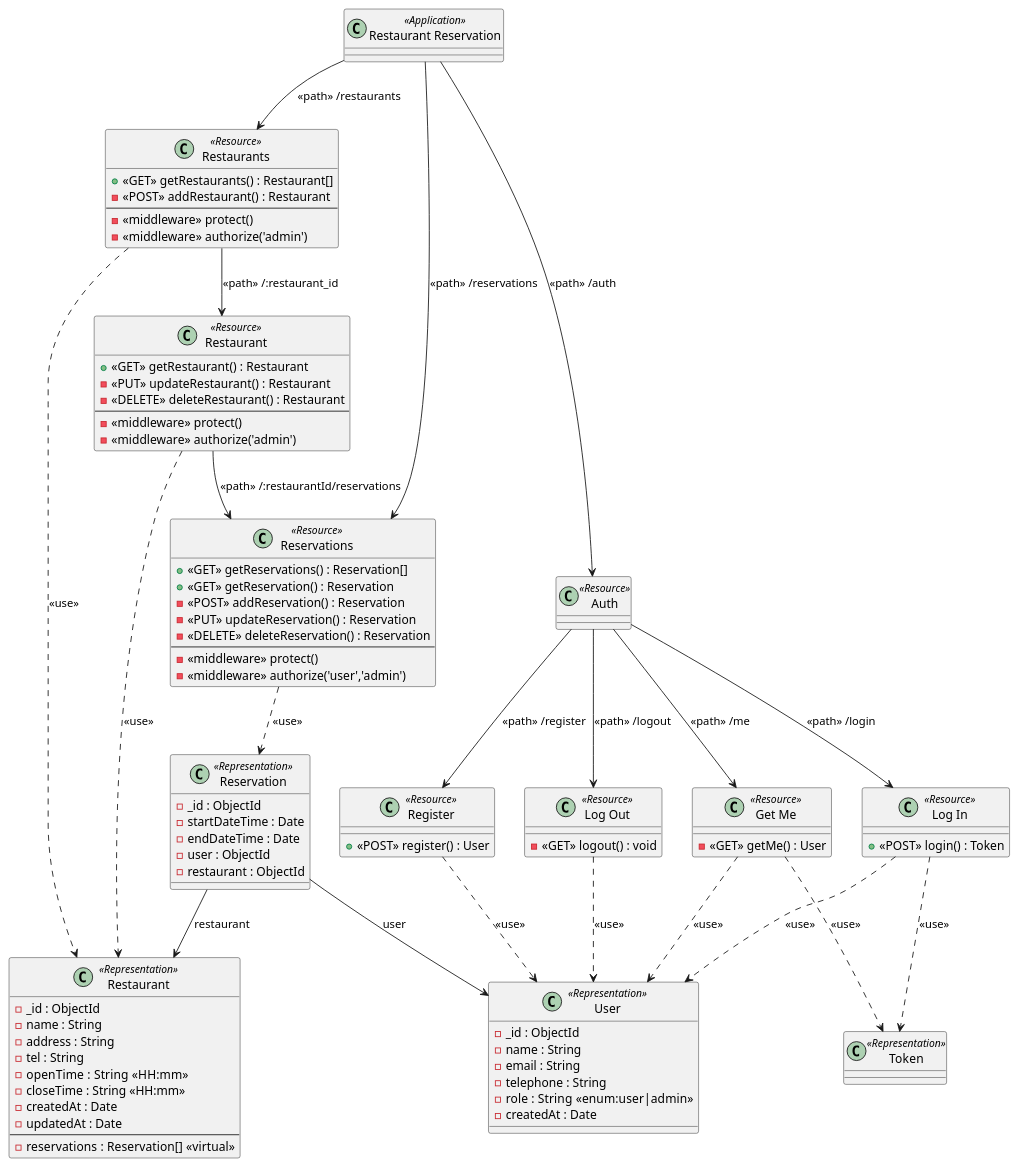
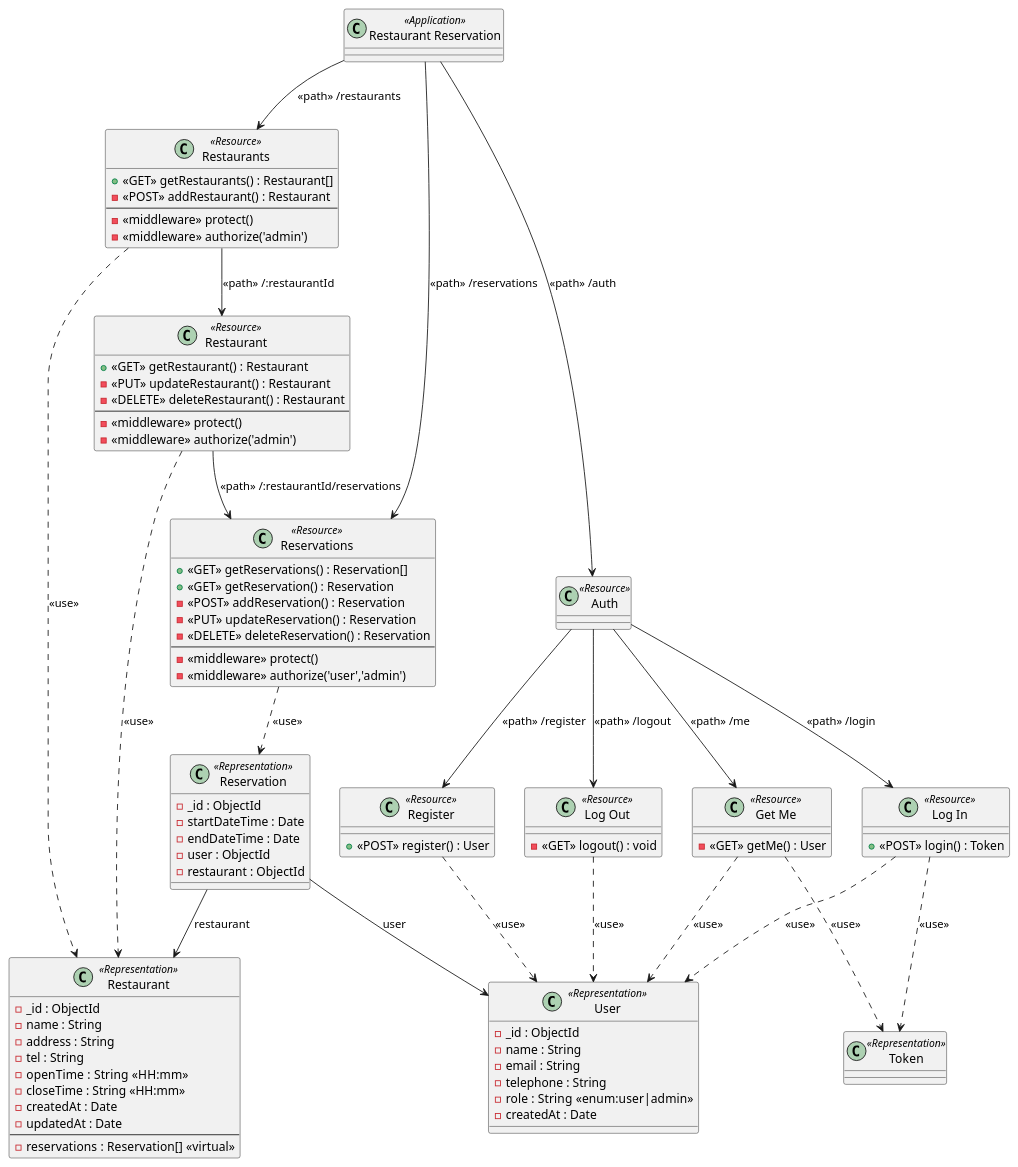
One commit to 2110503-CEDT68/be-project-68-confutatis changed the diagram in UML/Class_Diagram/Class_Diagram.puml. Above: the diagram before and after it, drawn with PlantUML. The commit also changed 1 other file, not shown here.

Commit message:
Class Diagram fix typo

```diff
--- a/UML/Class_Diagram/Class_Diagram.puml
+++ b/UML/Class_Diagram/Class_Diagram.puml
@@ -1,120 +1,120 @@
 @startuml
 top to bottom direction
 
 class "Restaurant Reservation" <<Application>>
 
 class "Restaurants" <<Resource>> {
   + <<GET>> getRestaurants() : Restaurant[]
   - <<POST>> addRestaurant() : Restaurant
   --
   - <<middleware>> protect()
   - <<middleware>> authorize('admin')
 }
 
 class "Restaurant" as RestaurantResource <<Resource>> {
     + <<GET>> getRestaurant() : Restaurant
     - <<PUT>> updateRestaurant() : Restaurant
     - <<DELETE>> deleteRestaurant() : Restaurant
     --
     - <<middleware>> protect()
     - <<middleware>> authorize('admin')
 }
 
 class "Reservations" <<Resource>> {
   + <<GET>> getReservations() : Reservation[]
   + <<GET>> getReservation() : Reservation
   - <<POST>> addReservation() : Reservation
   - <<PUT>> updateReservation() : Reservation
   - <<DELETE>> deleteReservation() : Reservation
   --
   - <<middleware>> protect()
   - <<middleware>> authorize('user','admin')
 }
 
 class "Reservation" <<Representation>> {
   - _id : ObjectId
   - startDateTime : Date
   - endDateTime : Date
   - user : ObjectId
   - restaurant : ObjectId
 }
 
 class "Auth" <<Resource>>
 
 class "Register" <<Resource>> {
   + <<POST>> register() : User
 }
 class "Log In" <<Resource>> {
   + <<POST>> login() : Token
 }
 
 class "Get Me" <<Resource>> {
   - <<GET>> getMe() : User
 }
 
 class "Log Out" <<Resource>> {
   - <<GET>> logout() : void
 }
 
 ' "Register" -[hidden]-> "Log In"
 ' "Log In" -[hidden]-> "Get Me"
 ' "Get Me" -[hidden]-> "Log Out"
 
 class "Token" <<Representation>>
 
 class "User" <<Representation>> {
   - _id : ObjectId
   - name : String
   - email : String
   - telephone : String
   - role : String  <<enum:user|admin>>
   - createdAt : Date
 }
 
 ' "Token" -right[hidden]-> "User"
 
 class "Restaurant" as RestaurantRepresentation <<Representation>> {
   - _id : ObjectId
   - name : String
   - address : String
   - tel : String
   - openTime : String  <<HH:mm>>
   - closeTime : String <<HH:mm>>
   - createdAt : Date
   - updatedAt : Date
   --
   - reservations : Reservation[]  <<virtual>>
 }
 
 ' -- PATH -- 
 
 "Restaurant Reservation" --> "Restaurants" : <<path>> /restaurants
 
-"Restaurants" --> "RestaurantResource" : <<path>> /:restaurant_id
+"Restaurants" --> "RestaurantResource" : <<path>> /:restaurantId
 
 RestaurantResource --> "Reservations" : <<path>> /:restaurantId/reservations
 
 "RestaurantResource" ..> "RestaurantRepresentation" : <<use>>
 "Restaurants" ..> "RestaurantRepresentation" : <<use>>
 
 "Restaurant Reservation" --> "Auth" : <<path>> /auth
 "Auth" --> "Register" : <<path>> /register
 "Register" ..> "User" : <<use>>
 
 "Auth" --> "Log In" : <<path>> /login
 "Log In" ..> "User" : <<use>>
 "Log In" ..> "Token" : <<use>>
 
 "Auth" --> "Get Me" : <<path>> /me
 "Get Me" ..> "User" : <<use>>
 "Get Me" ..> "Token" : <<use>>
 
 "Auth" --> "Log Out" : <<path>> /logout
 "Log Out" ..> "User" : <<use>>
 
 "Restaurant Reservation" --> "Reservations" : <<path>> /reservations
 "Reservations" ..> "Reservation" : <<use>>
 "Reservation" --> "User" : user
 "Reservation" --> RestaurantRepresentation : restaurant
 
 @enduml
```
